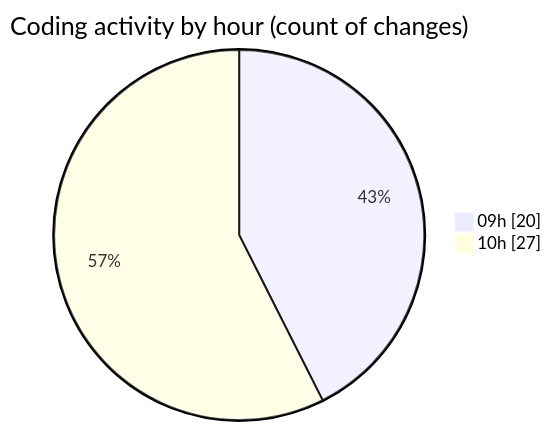
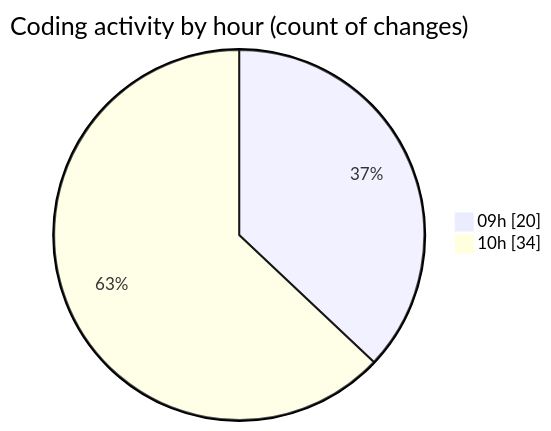
The second of 2 diagrams in 2025-06-06/ecodeli-1/README.md (CELIANVF/code-tracking), drawn with Mermaid before and after one commit. The commit also changed other lines of this file and 1 other file, not shown here.

````diff
--- a/2025-06-06/ecodeli-1/README.md
+++ b/2025-06-06/ecodeli-1/README.md
@@ -50,6 +53,6 @@
 ```mermaid
 pie showData
 title Coding activity by hour (count of changes)
 "09h" : 20
-"10h" : 27
+"10h" : 34
 ```
````
